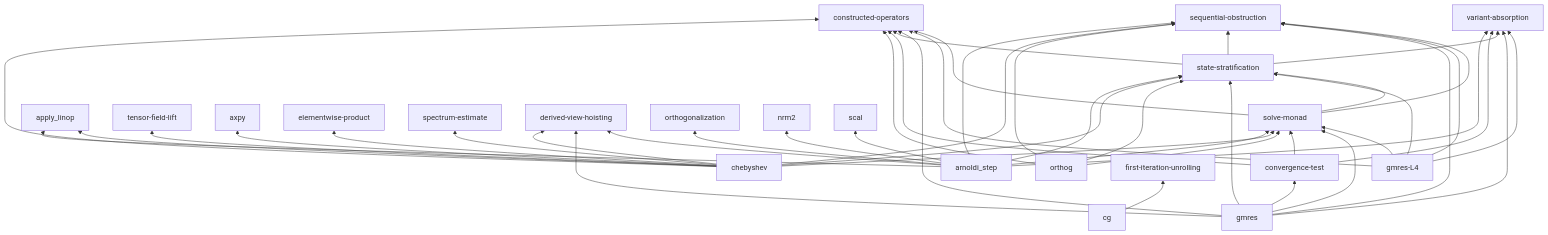
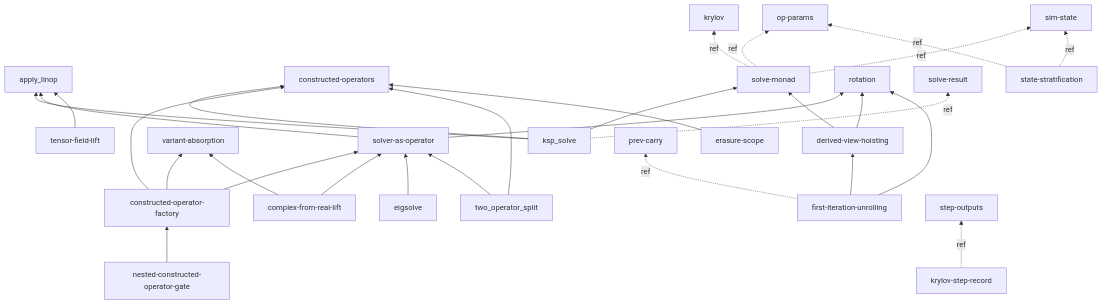
One commit to crutcher/palace_whiteroom changed the third of 3 diagrams in book/src/concepts/dependency-map.md. Above: the diagram before and after it, drawn with Mermaid. The commit also changed other lines of this file and 22 other files, not shown here.

````diff
--- a/book/src/concepts/dependency-map.md
+++ b/book/src/concepts/dependency-map.md
@@ -281,48 +109,31 @@
 ```mermaid
 graph BT
-  solve-monad --> state-stratification
-  solve-monad --> constructed-operators
-  solve-monad --> sequential-obstruction
-  gmres-L4 --> state-stratification
-  gmres-L4 --> solve-monad
-  gmres-L4 --> constructed-operators
-  gmres-L4 --> variant-absorption
-  gmres-L4 --> sequential-obstruction
-  gmres --> state-stratification
-  gmres --> solve-monad
-  gmres --> constructed-operators
-  gmres --> variant-absorption
-  gmres --> sequential-obstruction
-  state-stratification --> constructed-operators
-  state-stratification --> variant-absorption
-  state-stratification --> sequential-obstruction
-  convergence-test --> constructed-operators
-  convergence-test --> variant-absorption
-  convergence-test --> solve-monad
-  gmres --> convergence-test
-  orthog --> state-stratification
-  orthog --> solve-monad
-  orthog --> constructed-operators
-  orthog --> sequential-obstruction
-  chebyshev --> solve-monad
-  chebyshev --> state-stratification
-  chebyshev --> constructed-operators
-  chebyshev --> apply_linop
-  chebyshev --> tensor-field-lift
-  chebyshev --> sequential-obstruction
-  chebyshev --> axpy
-  chebyshev --> elementwise-product
-  chebyshev --> spectrum-estimate
-  arnoldi_step --> solve-monad
-  arnoldi_step --> state-stratification
-  arnoldi_step --> derived-view-hoisting
-  arnoldi_step --> variant-absorption
-  arnoldi_step --> sequential-obstruction
-  arnoldi_step --> apply_linop
-  arnoldi_step --> orthogonalization
-  arnoldi_step --> nrm2
-  arnoldi_step --> scal
-  cg --> first-iteration-unrolling
-  gmres --> derived-view-hoisting
-  chebyshev --> derived-view-hoisting
+  ksp_solve --> apply_linop
+  ksp_solve --> constructed-operators
+  ksp_solve --> solve-monad
+  solver-as-operator --> apply_linop
+  solver-as-operator --> rotation
+  constructed-operator-factory --> constructed-operators
+  constructed-operator-factory --> variant-absorption
+  constructed-operator-factory --> solver-as-operator
+  nested-constructed-operator-gate --> constructed-operator-factory
+  complex-from-real-lift --> solver-as-operator
+  complex-from-real-lift --> variant-absorption
+  eigsolve --> solver-as-operator
+  two_operator_split --> constructed-operators
+  two_operator_split --> solver-as-operator
+  erasure-scope --> constructed-operators
+  derived-view-hoisting --> rotation
+  derived-view-hoisting --> solve-monad
+  first-iteration-unrolling --> rotation
+  first-iteration-unrolling --> derived-view-hoisting
+  tensor-field-lift --> apply_linop
+  solve-monad -.->|ref| krylov
+  solve-monad -.->|ref| op-params
+  solve-monad -.->|ref| sim-state
+  ksp_solve -.->|ref| solve-result
+  state-stratification -.->|ref| op-params
+  state-stratification -.->|ref| sim-state
+  first-iteration-unrolling -.->|ref| prev-carry
+  krylov-step-record -.->|ref| step-outputs
 ```
````
